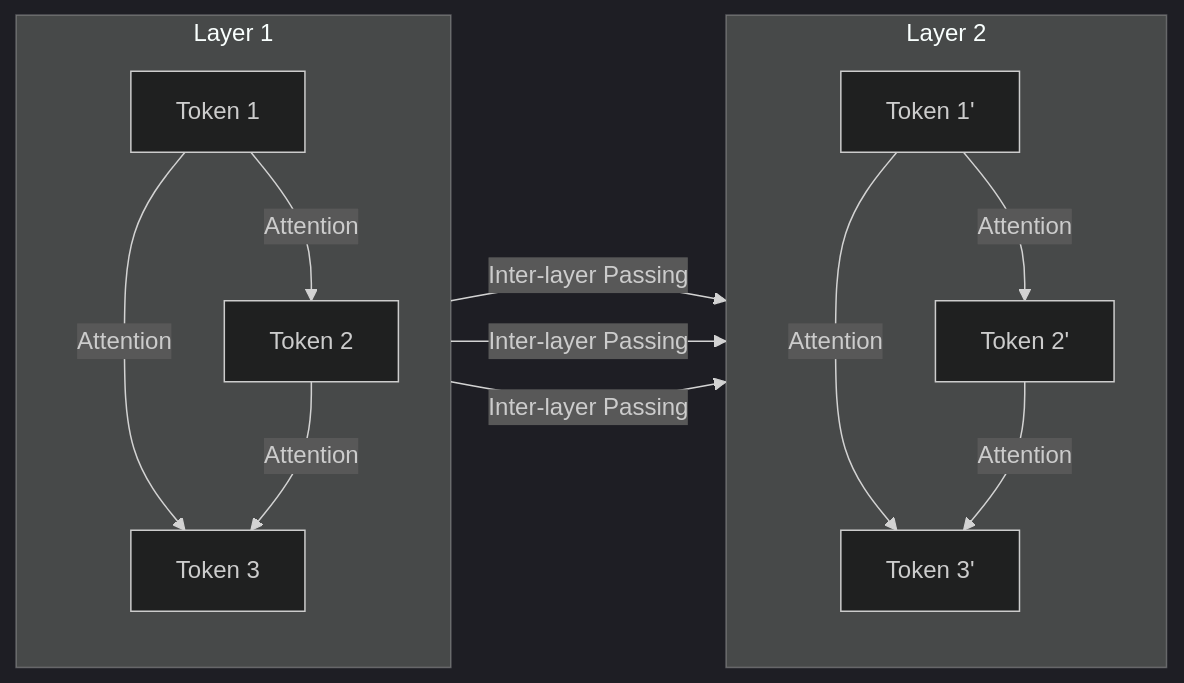
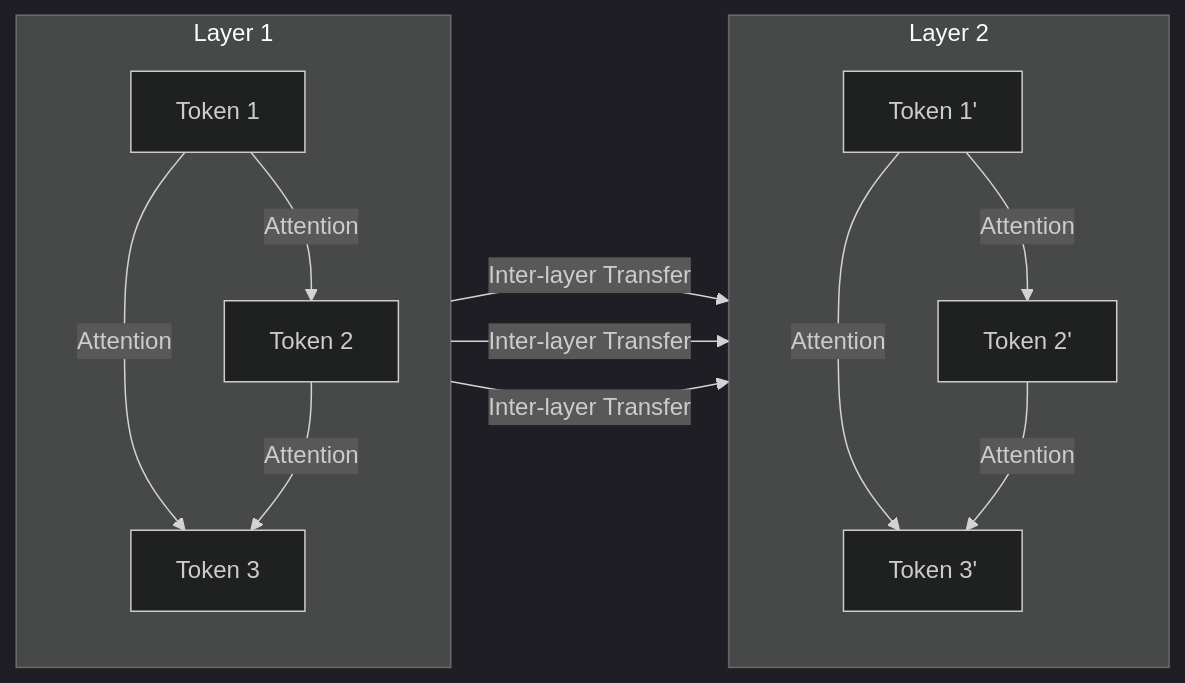
One commit to Random-Liu/llm-inference-principle-to-production changed the fourth of 4 diagrams in parts/part1_principles.md. Above: the diagram before and after it, drawn with Mermaid (dark theme). The commit also changed other lines of this file and 1 other file, not shown here.

````diff
--- a/parts/part1_principles.md
+++ b/parts/part1_principles.md
@@ -352,28 +321,28 @@
 ```mermaid
 graph LR
     subgraph Layer1 ["Layer 1"]
         direction TB
         L1_T1["Token 1"]
         L1_T2["Token 2"]
         L1_T3["Token 3"]
         
         L1_T1 -->|Attention| L1_T2
         L1_T1 -->|Attention| L1_T3
         L1_T2 -->|Attention| L1_T3
     end
 
     subgraph Layer2 ["Layer 2"]
         direction TB
         L2_T1["Token 1'"]
         L2_T2["Token 2'"]
         L2_T3["Token 3'"]
         
         L2_T1 -->|Attention| L2_T2
         L2_T1 -->|Attention| L2_T3
         L2_T2 -->|Attention| L2_T3
     end
 
-    L1_T1 -->|Inter-layer Passing| L2_T1
-    L1_T2 -->|Inter-layer Passing| L2_T2
-    L1_T3 -->|Inter-layer Passing| L2_T3
+    L1_T1 -->|Inter-layer Transfer| L2_T1
+    L1_T2 -->|Inter-layer Transfer| L2_T2
+    L1_T3 -->|Inter-layer Transfer| L2_T3
 ```
````
